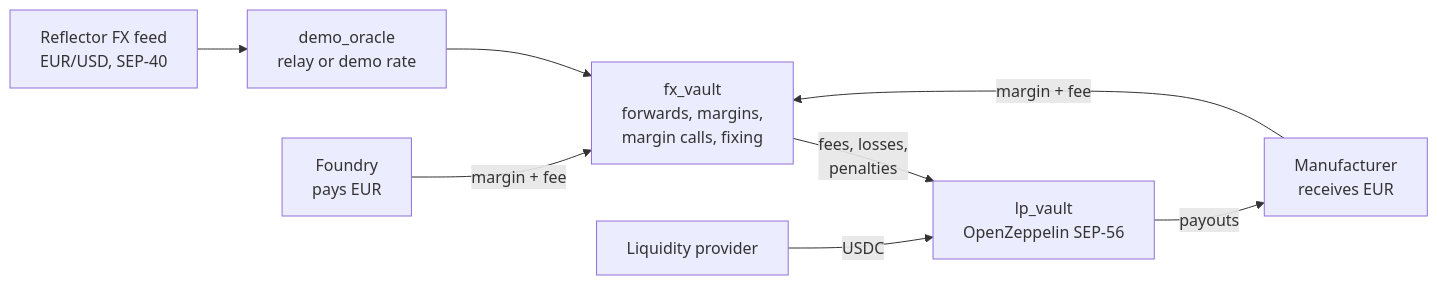
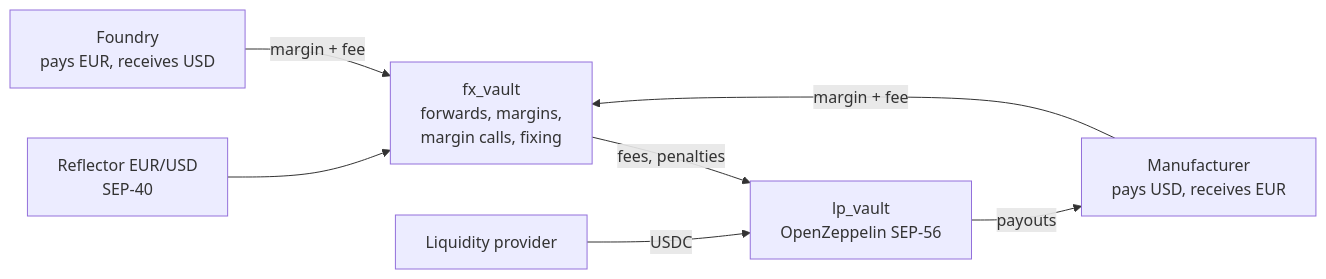
Before and after one commit to MohamedDataX/HackMeridian-stellar-Hackathon: the diagram in README.md, drawn with Mermaid. The commit also changed other lines of this file, not shown here.

Commit message:
docs: concise README with logos and roadmap

````diff
--- a/README.md
+++ b/README.md
@@ -20,10 +15,9 @@
 ```mermaid
 flowchart LR
-    R[Reflector FX feed<br/>EUR/USD, SEP-40] --> O[demo_oracle<br/>relay or demo rate]
-    O --> FX[fx_vault<br/>forwards, margins,<br/>margin calls, fixing]
-    M[Manufacturer<br/>receives EUR] -- margin + fee --> FX
-    F[Foundry<br/>pays EUR] -- margin + fee --> FX
-    FX -- fees, losses,<br/>penalties --> LP[lp_vault<br/>OpenZeppelin SEP-56]
+    R[Reflector EUR/USD<br/>SEP-40] --> FX[fx_vault<br/>forwards, margins,<br/>margin calls, fixing]
+    M[Manufacturer<br/>pays USD, receives EUR] -- margin + fee --> FX
+    F[Foundry<br/>pays EUR, receives USD] -- margin + fee --> FX
+    FX -- fees, penalties --> LP[lp_vault<br/>OpenZeppelin SEP-56]
     LP -- payouts --> M
     P[Liquidity provider] -- USDC --> LP
 ```
````
